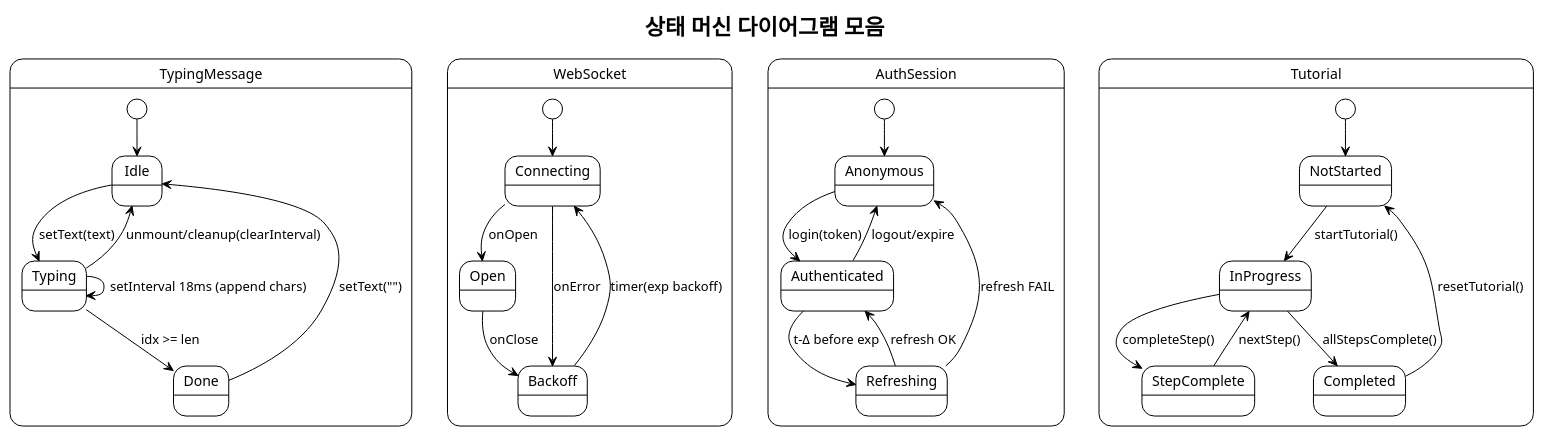
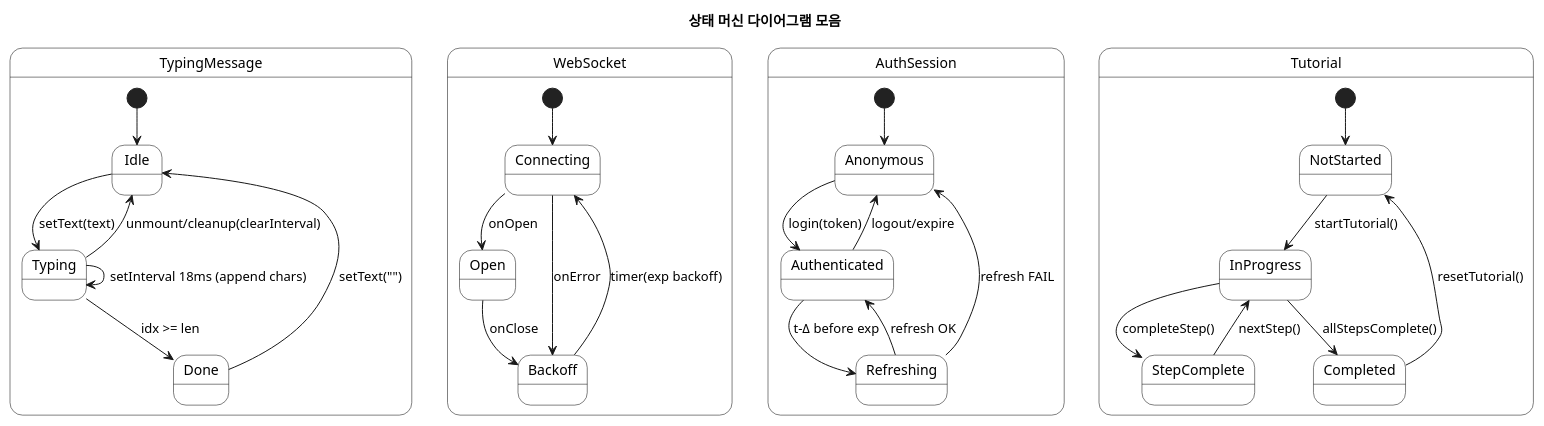
Before and after one commit to SKNETWORKS-FAMILY-AICAMP/SKN12-FINAL-2TEAM: the diagram in docs/uml/state-machines.puml, drawn with PlantUML. The commit also changed 1 other file, not shown here.

```diff
--- a/docs/uml/state-machines.puml
+++ b/docs/uml/state-machines.puml
@@ -1,45 +1,49 @@
 @startuml
-!theme plain
-skinparam backgroundColor #FFFFFF
+skinparam backgroundColor white
+skinparam state {
+  BackgroundColor white
+  BorderColor black
+  FontColor black
+}
 
 title 상태 머신 다이어그램 모음
 
 ' TypingMessage 상태 머신
 state TypingMessage {
   [*] --> Idle
-  Idle --> Typing: setText(text)
-  Typing --> Typing: setInterval 18ms (append chars)
-  Typing --> Done: idx >= len
-  Done --> Idle: setText("")
-  Typing --> Idle: unmount/cleanup(clearInterval)
+  Idle --> Typing : setText(text)
+  Typing --> Typing : setInterval 18ms (append chars)
+  Typing --> Done : idx >= len
+  Done --> Idle : setText("")
+  Typing --> Idle : unmount/cleanup(clearInterval)
 }
 
 ' WS 연결 재시도 상태 머신
 state WebSocket {
   [*] --> Connecting
-  Connecting --> Open: onOpen
-  Connecting --> Backoff: onError
-  Open --> Backoff: onClose
-  Backoff --> Connecting: timer(exp backoff)
+  Connecting --> Open : onOpen
+  Connecting --> Backoff : onError
+  Open --> Backoff : onClose
+  Backoff --> Connecting : timer(exp backoff)
 }
 
 ' 인증 세션 상태 머신
 state AuthSession {
   [*] --> Anonymous
-  Anonymous --> Authenticated: login(token)
-  Authenticated --> Anonymous: logout/expire
-  Authenticated --> Refreshing: t-Δ before exp
-  Refreshing --> Authenticated: refresh OK
-  Refreshing --> Anonymous: refresh FAIL
+  Anonymous --> Authenticated : login(token)
+  Authenticated --> Anonymous : logout/expire
+  Authenticated --> Refreshing : t-Δ before exp
+  Refreshing --> Authenticated : refresh OK
+  Refreshing --> Anonymous : refresh FAIL
 }
 
 ' 튜토리얼 진행 상태 머신
 state Tutorial {
   [*] --> NotStarted
-  NotStarted --> InProgress: startTutorial()
-  InProgress --> StepComplete: completeStep()
-  StepComplete --> InProgress: nextStep()
-  InProgress --> Completed: allStepsComplete()
-  Completed --> NotStarted: resetTutorial()
+  NotStarted --> InProgress : startTutorial()
+  InProgress --> StepComplete : completeStep()
+  StepComplete --> InProgress : nextStep()
+  InProgress --> Completed : allStepsComplete()
+  Completed --> NotStarted : resetTutorial()
 }
 @enduml
```
